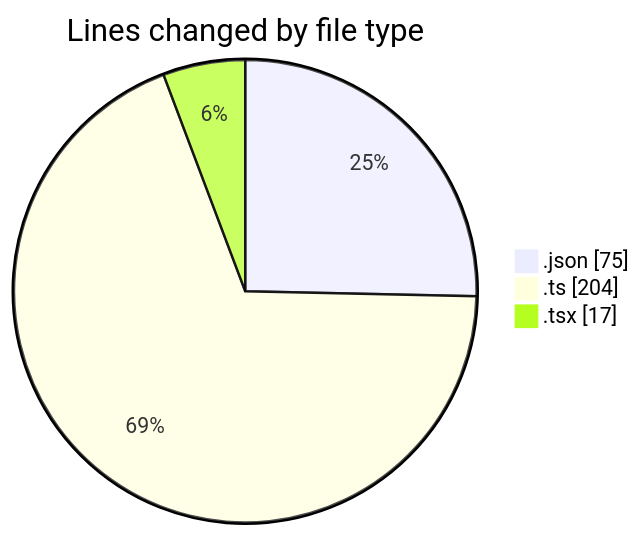
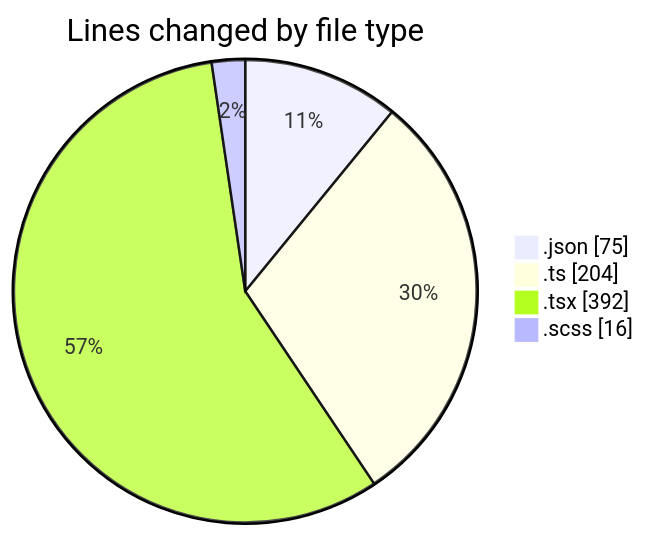
Before and after one commit to momahboobian/code-tracking: the first of 2 diagrams in 2026-04-21/ise-web-ofcom/README.md, drawn with Mermaid. The commit also changed other lines of this file and 1 other file, not shown here.

````diff
--- a/2026-04-21/ise-web-ofcom/README.md
+++ b/2026-04-21/ise-web-ofcom/README.md
@@ -24,7 +28,8 @@
 ```mermaid
 pie showData
 title Lines changed by file type
 ".json" : 75
 ".ts" : 204
-".tsx" : 17
+".tsx" : 392
+".scss" : 16
 ```
````
